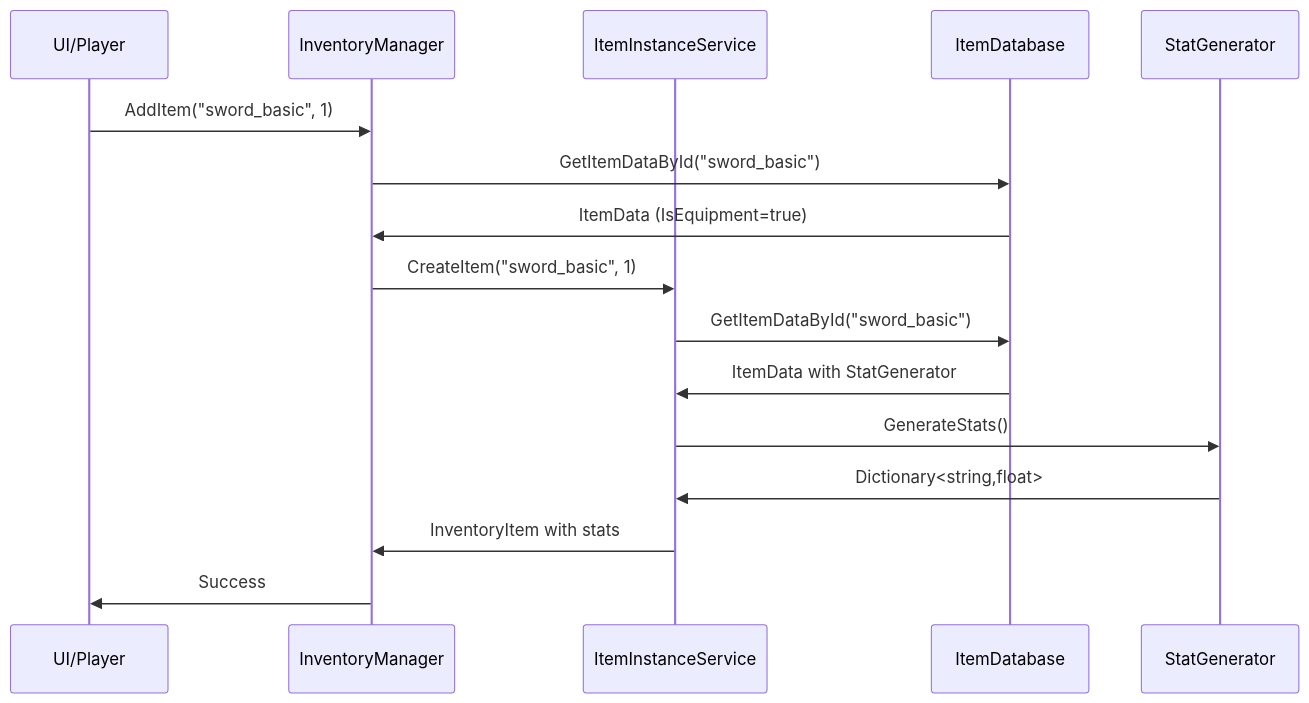
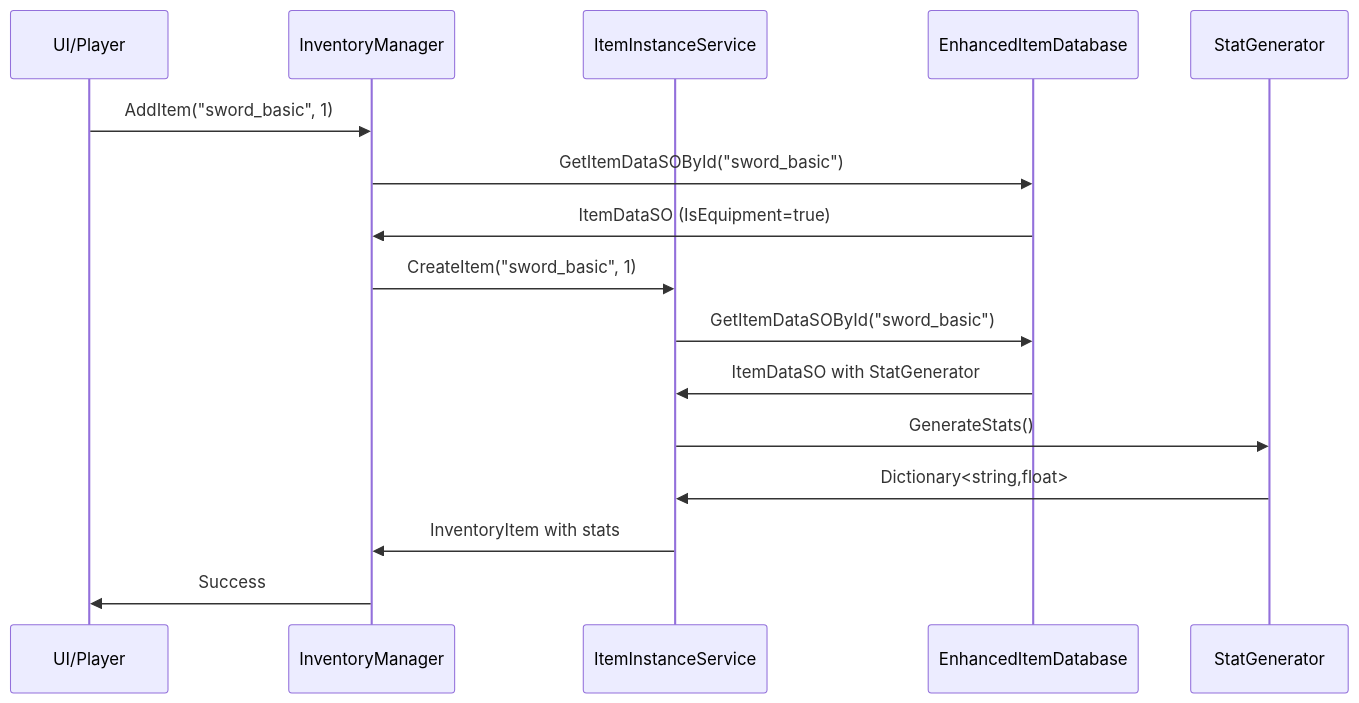
Before and after one commit to VRhino/Conquest_prototype: the third of 4 diagrams in Docs/ScriptableObjects_Architecture.md, drawn with Mermaid. The commit also changed other lines of this file, not shown here.

Commit message:
docs: ScriptableObjects_Architecture con los tipos reales de items

````diff
--- a/Docs/ScriptableObjects_Architecture.md
+++ b/Docs/ScriptableObjects_Architecture.md
@@ -876,19 +878,19 @@
 ```mermaid
 sequenceDiagram
     participant UI as UI/Player
     participant IM as InventoryManager
     participant IIS as ItemInstanceService
-    participant DB as ItemDatabase
+    participant DB as EnhancedItemDatabase
     participant SG as StatGenerator
     
     UI->>IM: AddItem("sword_basic", 1)
-    IM->>DB: GetItemDataById("sword_basic")
-    DB->>IM: ItemData (IsEquipment=true)
+    IM->>DB: GetItemDataSOById("sword_basic")
+    DB->>IM: ItemDataSO (IsEquipment=true)
     IM->>IIS: CreateItem("sword_basic", 1)
-    IIS->>DB: GetItemDataById("sword_basic")
-    DB->>IIS: ItemData with StatGenerator
+    IIS->>DB: GetItemDataSOById("sword_basic")
+    DB->>IIS: ItemDataSO with StatGenerator
     IIS->>SG: GenerateStats()
     SG->>IIS: Dictionary<string,float>
     IIS->>IM: InventoryItem with stats
     IM->>UI: Success
 ```
````
